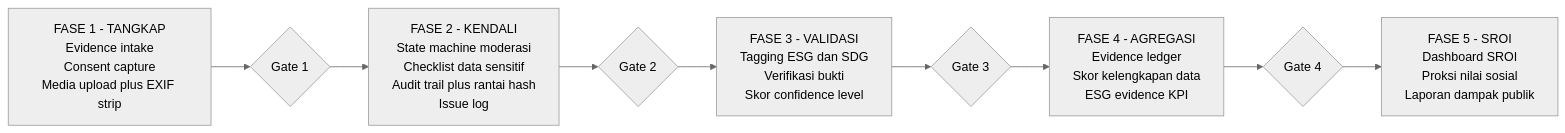
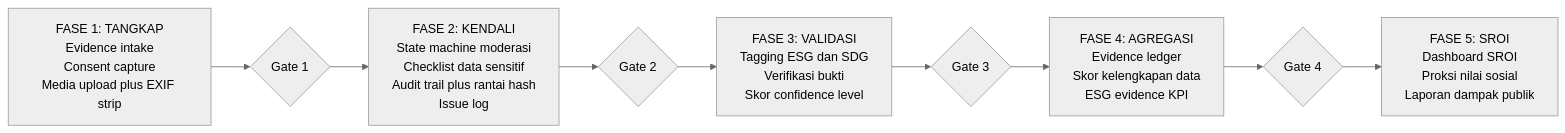
The fourth of 4 diagrams in docs/04-ESG-GOVERNANCE.md (raflyzainn/pfriends), drawn with Mermaid (neutral theme) before and after one commit. The commit also changed other lines of this file and 266 other files, not shown here.

````diff
--- a/docs/04-ESG-GOVERNANCE.md
+++ b/docs/04-ESG-GOVERNANCE.md
@@ -692,10 +692,10 @@
 ```mermaid
 flowchart LR
-    F1["FASE 1 - TANGKAP<br/>Evidence intake<br/>Consent capture<br/>Media upload plus EXIF strip"]
-    F2["FASE 2 - KENDALI<br/>State machine moderasi<br/>Checklist data sensitif<br/>Audit trail plus rantai hash<br/>Issue log"]
-    F3["FASE 3 - VALIDASI<br/>Tagging ESG dan SDG<br/>Verifikasi bukti<br/>Skor confidence level"]
-    F4["FASE 4 - AGREGASI<br/>Evidence ledger<br/>Skor kelengkapan data<br/>ESG evidence KPI"]
-    F5["FASE 5 - SROI<br/>Dashboard SROI<br/>Proksi nilai sosial<br/>Laporan dampak publik"]
+    F1["FASE 1: TANGKAP<br/>Evidence intake<br/>Consent capture<br/>Media upload plus EXIF strip"]
+    F2["FASE 2: KENDALI<br/>State machine moderasi<br/>Checklist data sensitif<br/>Audit trail plus rantai hash<br/>Issue log"]
+    F3["FASE 3: VALIDASI<br/>Tagging ESG dan SDG<br/>Verifikasi bukti<br/>Skor confidence level"]
+    F4["FASE 4: AGREGASI<br/>Evidence ledger<br/>Skor kelengkapan data<br/>ESG evidence KPI"]
+    F5["FASE 5: SROI<br/>Dashboard SROI<br/>Proksi nilai sosial<br/>Laporan dampak publik"]
 
     F1 --> G1{"Gate 1"} --> F2 --> G2{"Gate 2"} --> F3 --> G3{"Gate 3"} --> F4 --> G4{"Gate 4"} --> F5
 ```
````
